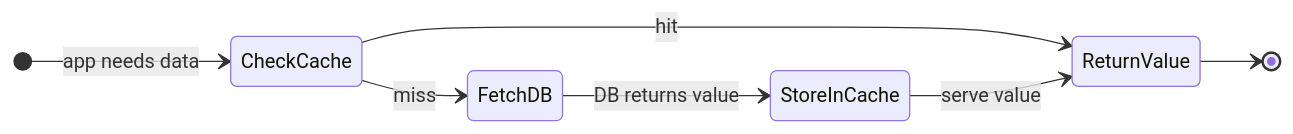
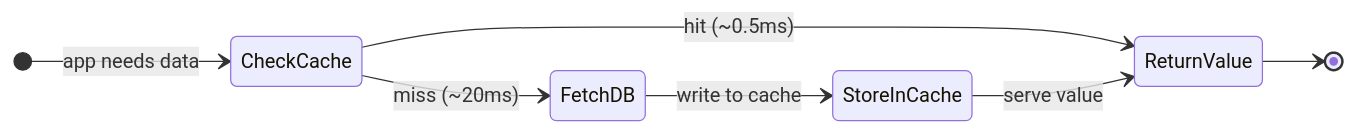
Before and after one commit to shiningflash/system-design: the first of 11 diagrams in problems/009-distributed-cache/question.md, drawn with Mermaid. The commit also changed other lines of this file and 37 other files, not shown here.

````diff
--- a/problems/009-distributed-cache/question.md
+++ b/problems/009-distributed-cache/question.md
@@ -30,10 +34,10 @@
 ```mermaid
 stateDiagram-v2
     direction LR
     [*] --> CheckCache: app needs data
-    CheckCache --> ReturnValue: hit
-    CheckCache --> FetchDB: miss
-    FetchDB --> StoreInCache: DB returns value
+    CheckCache --> ReturnValue: hit (~0.5ms)
+    CheckCache --> FetchDB: miss (~20ms)
+    FetchDB --> StoreInCache: write to cache
     StoreInCache --> ReturnValue: serve value
     ReturnValue --> [*]
 ```
````
